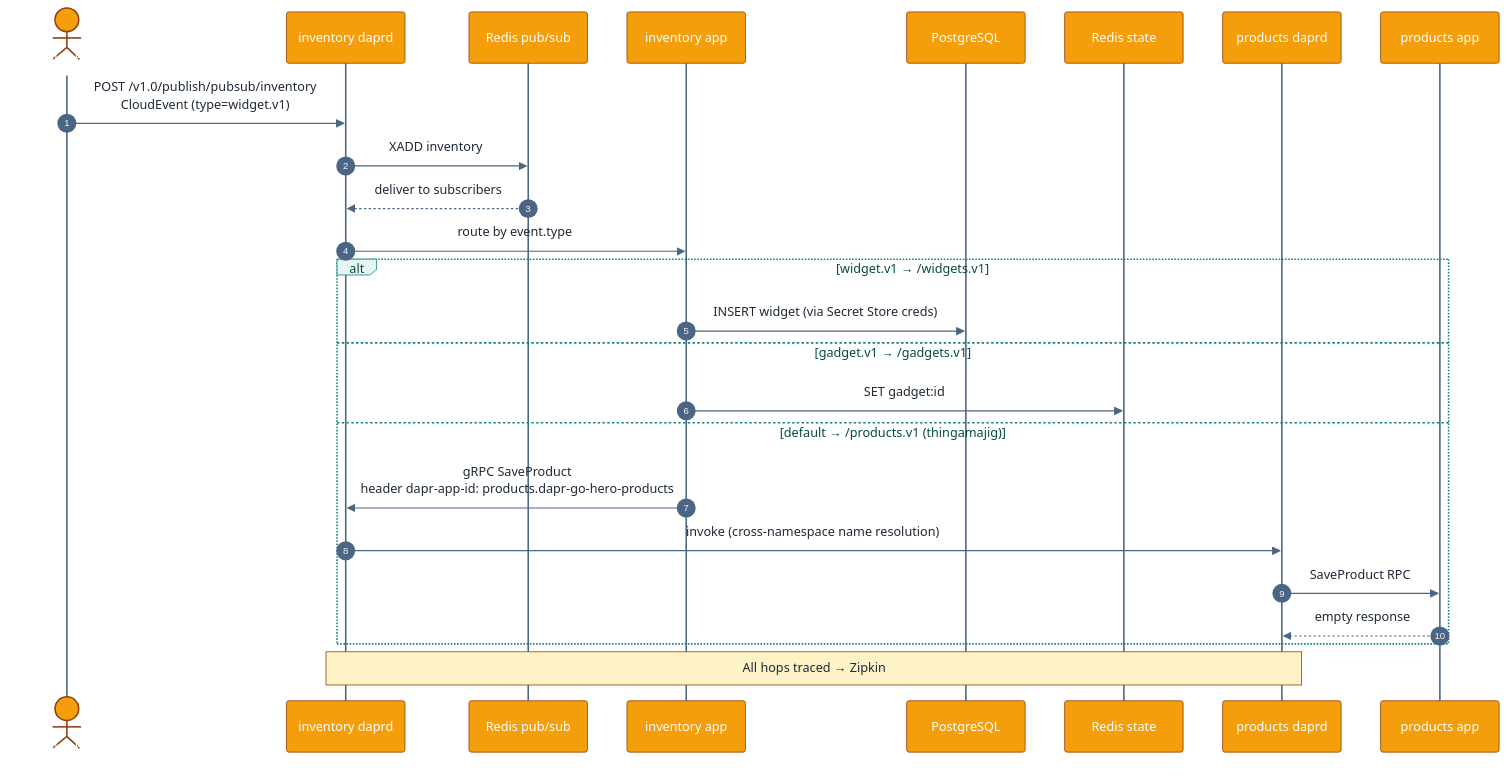
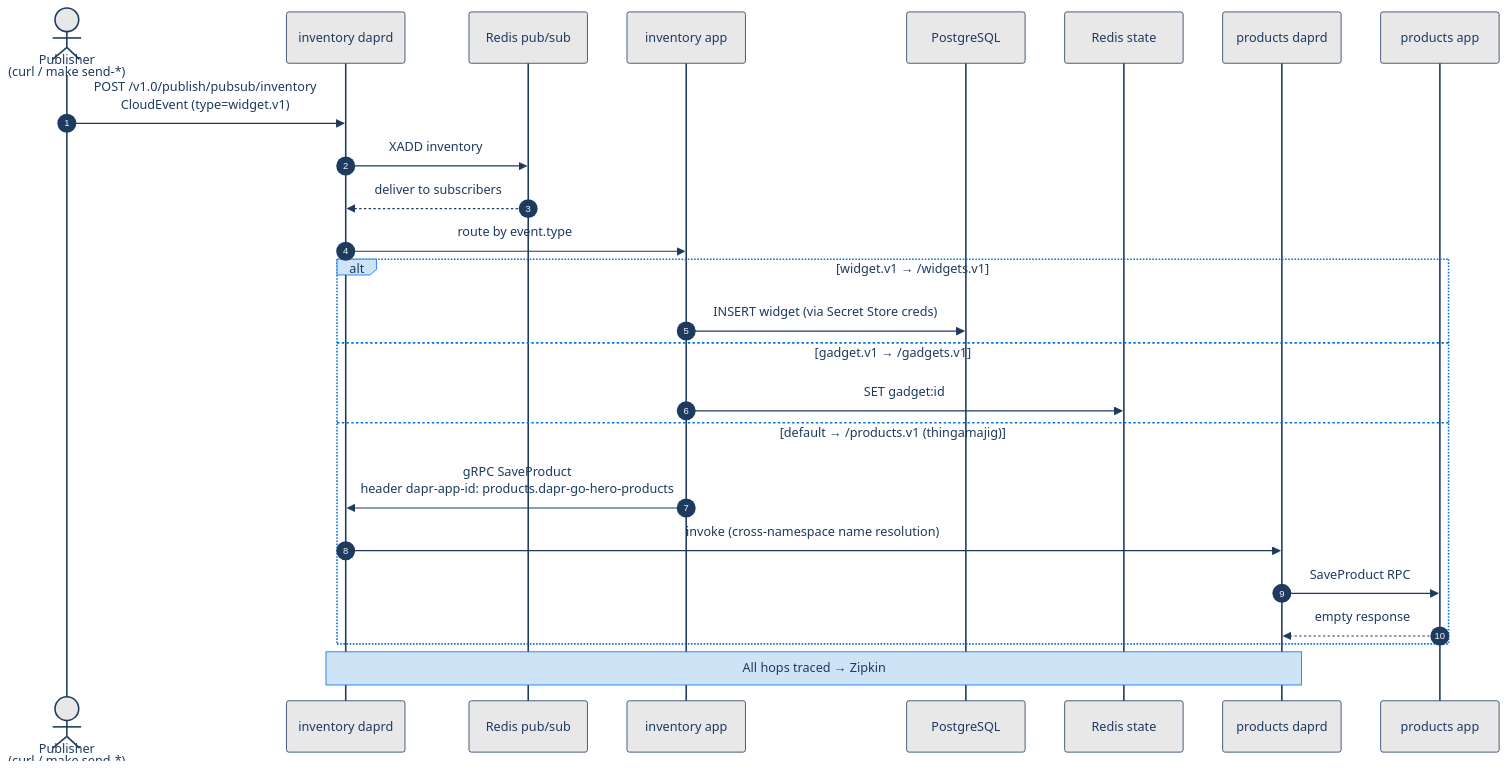
Before and after one commit to AndriyKalashnykov/dapr-go-hero: the second of 2 diagrams in README.md, drawn with Mermaid. The commit also changed other lines of this file, not shown here.

First line of the commit message:
docs: align both Mermaid diagrams to demo.png palette

````diff
--- a/README.md
+++ b/README.md
@@ -330,31 +330,31 @@
 ```mermaid
-%%{init: {'theme':'base','themeVariables':{'fontFamily':'ui-sans-serif, system-ui, sans-serif','primaryColor':'#0D8482','primaryTextColor':'#fff','primaryBorderColor':'#064E3B','actorBkg':'#F59E0B','actorBorder':'#92400E','actorTextColor':'#fff','actorLineColor':'#4B6584','signalColor':'#4B6584','signalTextColor':'#1F2937','labelBoxBkgColor':'#E6F4F3','labelBoxBorderColor':'#0D8482','labelTextColor':'#064E3B','loopTextColor':'#064E3B','noteBkgColor':'#FEF3C7','noteBorderColor':'#92400E','noteTextColor':'#1F2937','altBackground':'#F5F7FA'}}}%%
+%%{init: {'theme':'base','themeVariables':{'fontFamily':'ui-sans-serif, system-ui, sans-serif','primaryColor':'#0070E5','primaryTextColor':'#fff','primaryBorderColor':'#1E3A5F','actorBkg':'#E8E8E8','actorBorder':'#1E3A5F','actorTextColor':'#1E3A5F','actorLineColor':'#1E3A5F','signalColor':'#1E3A5F','signalTextColor':'#1E3A5F','labelBoxBkgColor':'#CEE3F6','labelBoxBorderColor':'#0070E5','labelTextColor':'#1E3A5F','loopTextColor':'#1E3A5F','noteBkgColor':'#CEE3F6','noteBorderColor':'#0070E5','noteTextColor':'#1E3A5F','altBackground':'#F5F7FA'}}}%%
 sequenceDiagram
   autonumber
   actor Pub as Publisher<br/>(curl / make send-*)
   participant IDaprd as inventory daprd
   participant Redis as Redis pub/sub
   participant IApp as inventory app
   participant PG as PostgreSQL
   participant RState as Redis state
   participant PDaprd as products daprd
   participant PApp as products app
 
   Pub->>IDaprd: POST /v1.0/publish/pubsub/inventory<br/>CloudEvent (type=widget.v1)
   IDaprd->>Redis: XADD inventory
   Redis-->>IDaprd: deliver to subscribers
   IDaprd->>IApp: route by event.type
 
   alt widget.v1 → /widgets.v1
     IApp->>PG: INSERT widget (via Secret Store creds)
   else gadget.v1 → /gadgets.v1
     IApp->>RState: SET gadget:id
   else default → /products.v1 (thingamajig)
     IApp->>IDaprd: gRPC SaveProduct<br/>header dapr-app-id: products.dapr-go-hero-products
     IDaprd->>PDaprd: invoke (cross-namespace name resolution)
     PDaprd->>PApp: SaveProduct RPC
     PApp-->>PDaprd: empty response
   end
 
   Note over IDaprd,PDaprd: All hops traced → Zipkin
 ```
````
